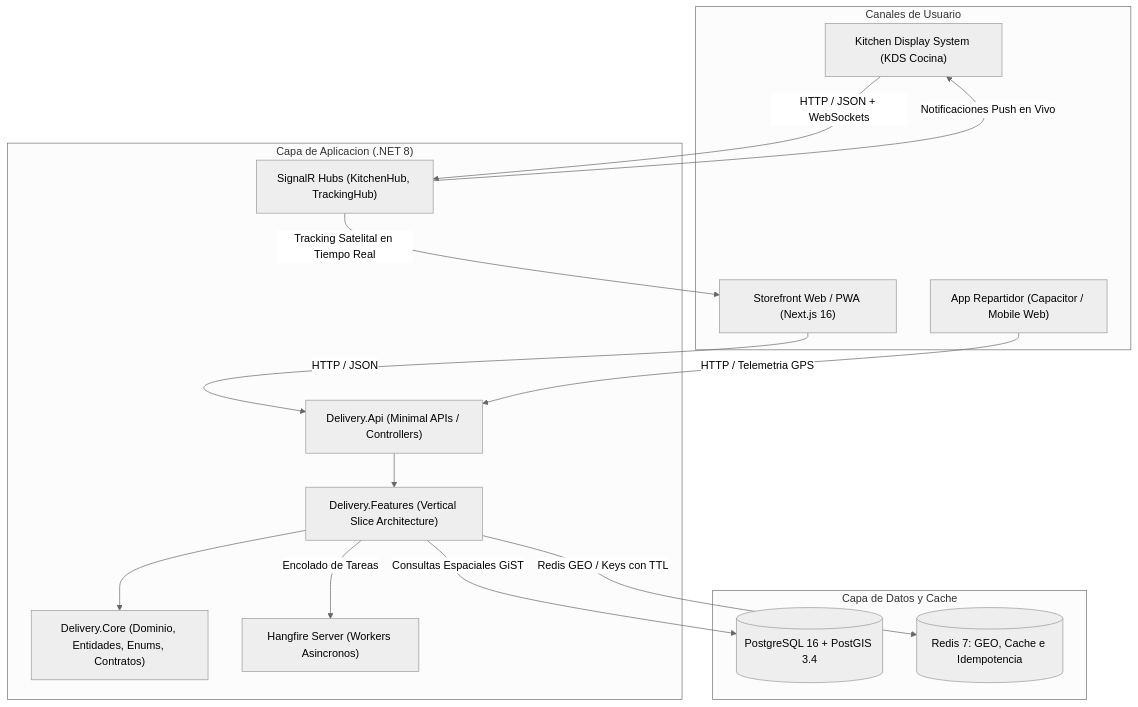
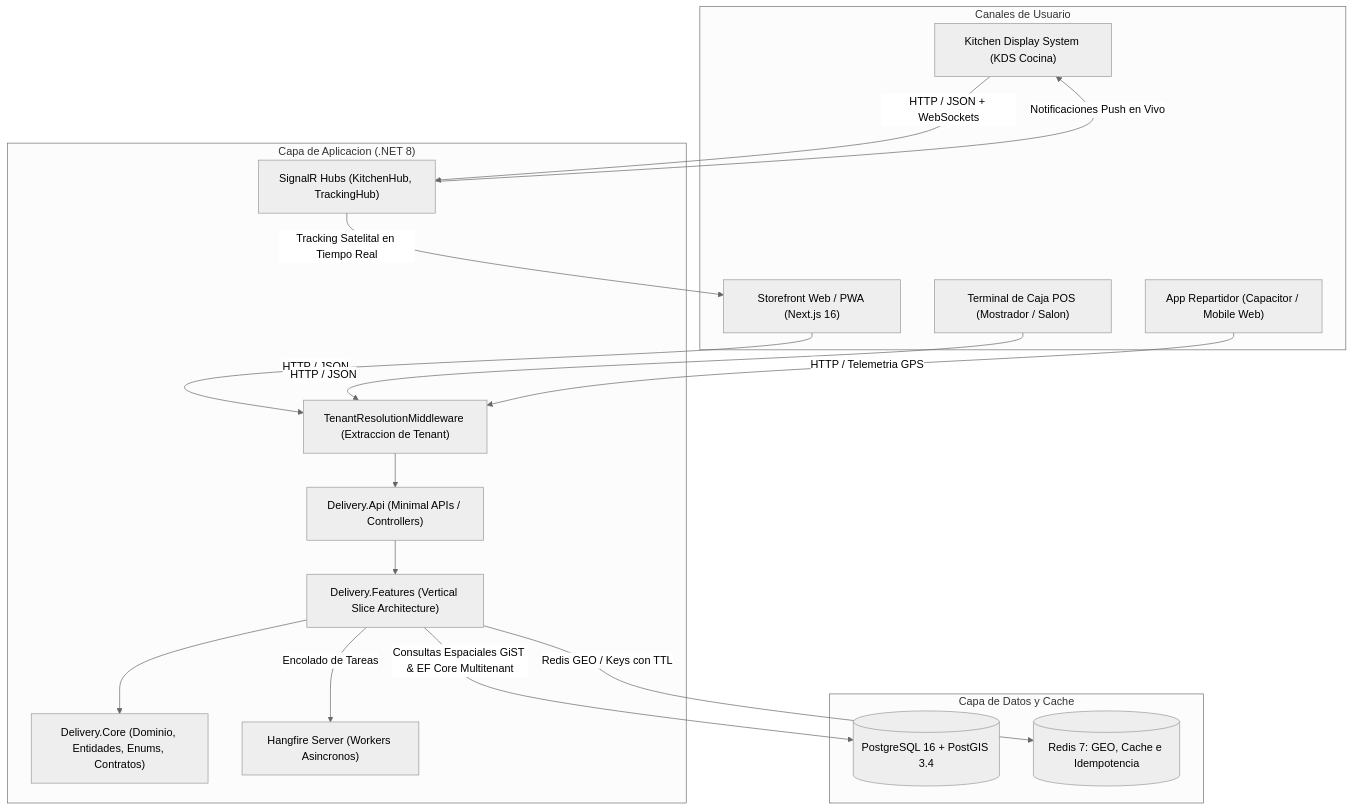
The diagram in docs/01-arquitectura/01-vision-general.md (JorgeDoicela/delivery-platform), drawn with Mermaid (neutral theme) before and after one commit. The commit also changed other lines of this file and 44 other files, not shown here.

````diff
--- a/docs/01-arquitectura/01-vision-general.md
+++ b/docs/01-arquitectura/01-vision-general.md
@@ -8,32 +10,36 @@
 ```mermaid
 flowchart TB
     subgraph Clientes["Canales de Usuario"]
         WebStore["Storefront Web / PWA (Next.js 16)"]
         KDS["Kitchen Display System (KDS Cocina)"]
         DriverApp["App Repartidor (Capacitor / Mobile Web)"]
+        PosCashier["Terminal de Caja POS (Mostrador / Salon)"]
     end
 
     subgraph BackendGateway["Capa de Aplicacion (.NET 8)"]
+        TenantMid["TenantResolutionMiddleware (Extraccion de Tenant)"]
         Api["Delivery.Api (Minimal APIs / Controllers)"]
         Features["Delivery.Features (Vertical Slice Architecture)"]
         Core["Delivery.Core (Dominio, Entidades, Enums, Contratos)"]
         Hubs["SignalR Hubs (KitchenHub, TrackingHub)"]
         Worker["Hangfire Server (Workers Asincronos)"]
     end
 
     subgraph Persistencia["Capa de Datos y Cache"]
         Postgres[(PostgreSQL 16 + PostGIS 3.4)]
         Redis[(Redis 7: GEO, Cache e Idempotencia)]
     end
 
-    WebStore -->|HTTP / JSON| Api
+    WebStore -->|HTTP / JSON| TenantMid
+    PosCashier -->|HTTP / JSON| TenantMid
+    DriverApp -->|HTTP / Telemetria GPS| TenantMid
     KDS -->|HTTP / JSON + WebSockets| Hubs
-    DriverApp -->|HTTP / Telemetria GPS| Api
+    TenantMid --> Api
     Api --> Features
     Features --> Core
-    Features -->|Consultas Espaciales GiST| Postgres
+    Features -->|Consultas Espaciales GiST & EF Core Multitenant| Postgres
     Features -->|Redis GEO / Keys con TTL| Redis
     Hubs -->|Notificaciones Push en Vivo| KDS
     Hubs -->|Tracking Satelital en Tiempo Real| WebStore
     Features -->|Encolado de Tareas| Worker
 ```
````
